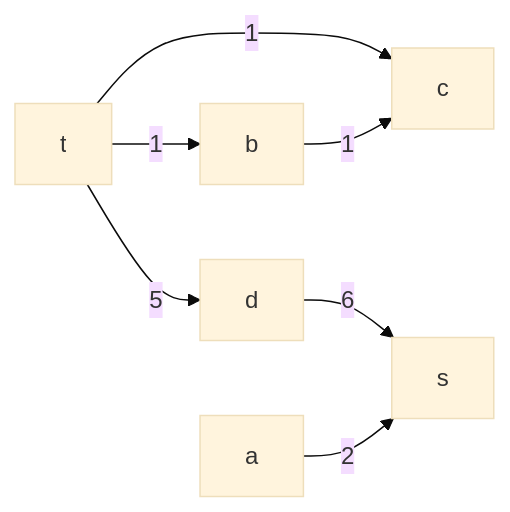
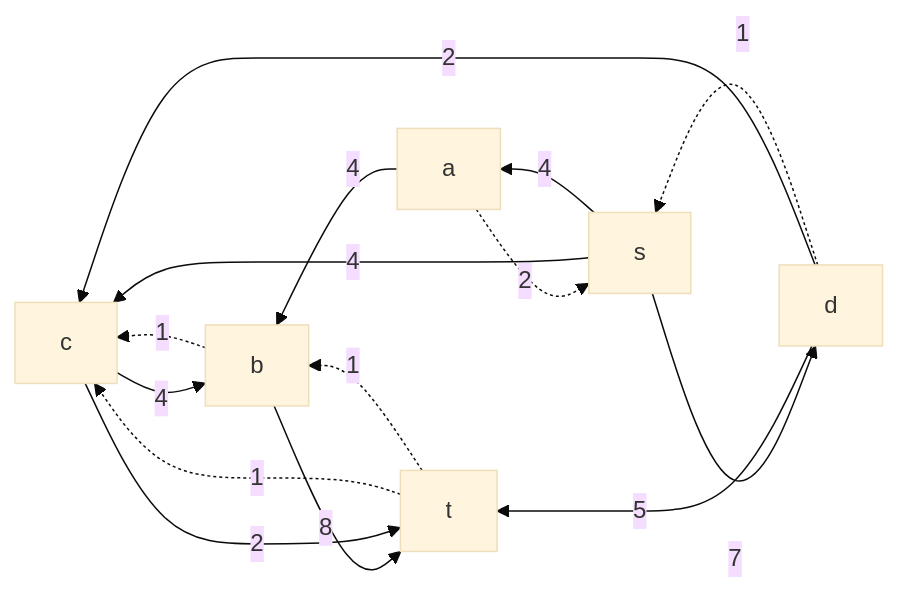
One commit to hse-algo-24-owl/manual-tasks-owl changed the ninth of 11 diagrams in task-9/catsVSalgos_V2.md. Above: the diagram before and after it, drawn with Mermaid (base theme). The commit also changed other lines of this file, not shown here.

````diff
--- a/task-9/catsVSalgos_V2.md
+++ b/task-9/catsVSalgos_V2.md
@@ -126,9 +171,21 @@
 ```mermaid
-graph LR
-    t-->|1|b
-    t-->|1|c
-    t-->|5|d
-    b-->|1|c
-    d-->|6|s
-    a-->|2|s
+graph RL
+    t-.->|1|b
+    t-.->|1|c
+    b-.->|1|c
+    d-.->|1|s
+    a-.->|2|s
+
+    s-->|7|d
+    d-->|2|c
+    c-->|2|t
+
+    s-->|4|a
+    a-->|4|b
+    b-->|8|t
+
+    s-->|4|c
+    c-->|4|b
+
+    d-->|5|t
 ```
````
